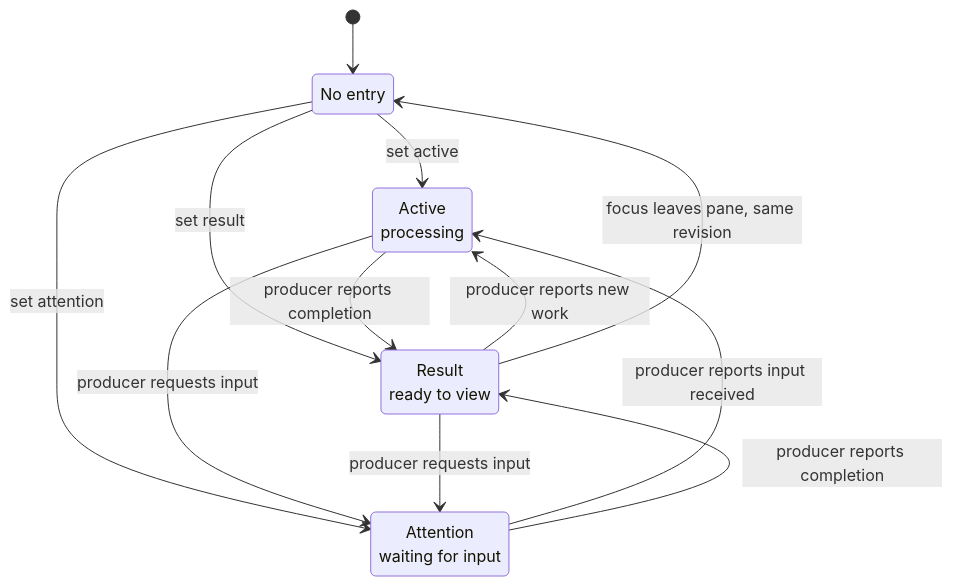
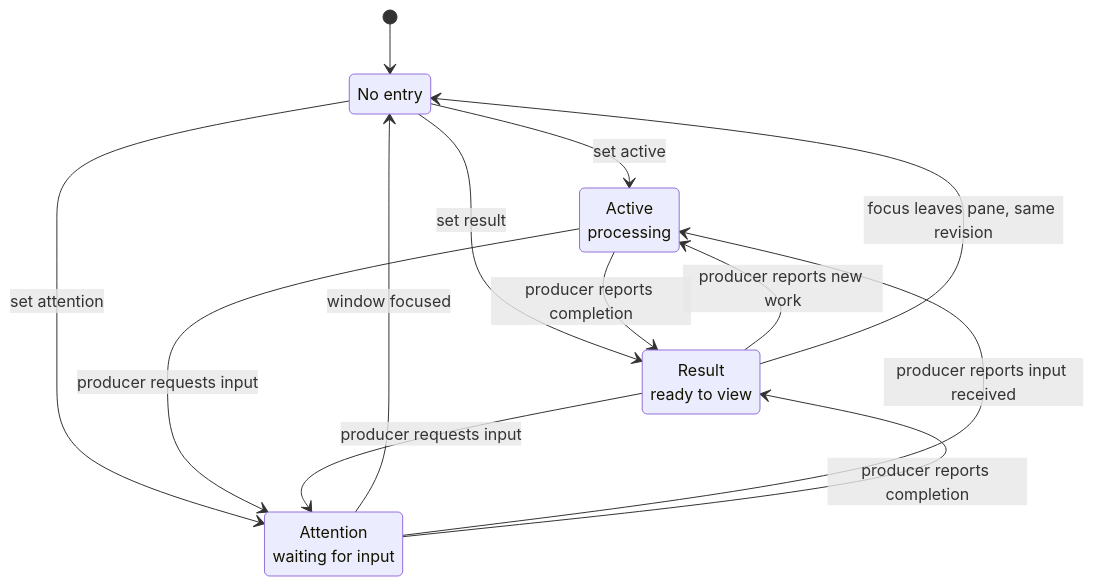
One commit to andrewjstryker/tmux-airline changed the first of 4 diagrams in docs/lifecycle-signals.md. Above: the diagram before and after it, drawn with Mermaid. The commit also changed other lines of this file and 24 other files, not shown here.

````diff
--- a/docs/lifecycle-signals.md
+++ b/docs/lifecycle-signals.md
@@ -80,19 +80,20 @@
 ```mermaid
 stateDiagram-v2
     state "No entry" as None
     state "Active<br/>processing" as Active
     state "Result<br/>ready to view" as Result
     state "Attention<br/>waiting for input" as Attention
 
     [*] --> None
     None --> Active: set active
     None --> Result: set result
     None --> Attention: set attention
     Active --> Result: producer reports completion
     Active --> Attention: producer requests input
+    Attention --> None: window focused
     Attention --> Active: producer reports input received
     Attention --> Result: producer reports completion
     Result --> Active: producer reports new work
     Result --> Attention: producer requests input
     Result --> None: focus leaves pane, same revision
 ```
````
